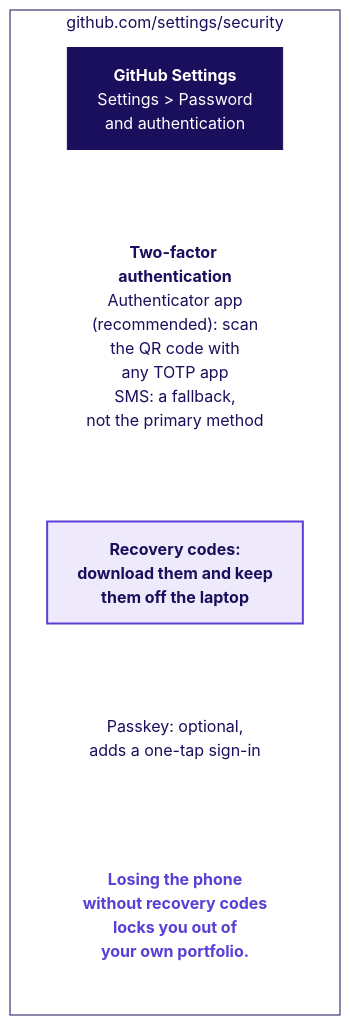
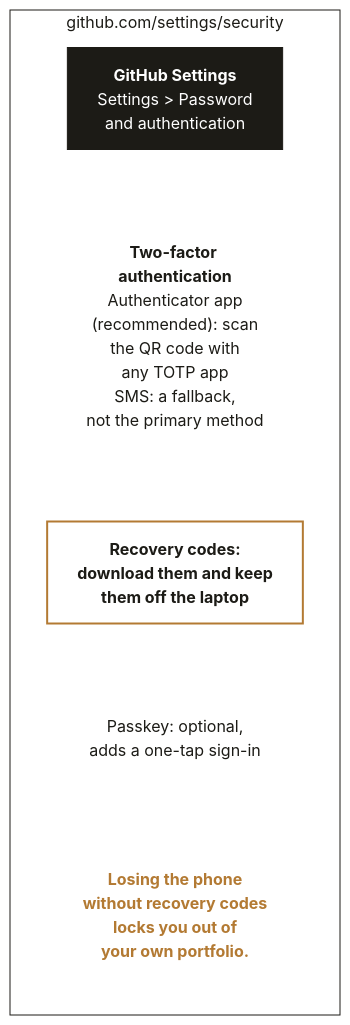
Before and after one commit to fde-academy-lab/c2-content-factory: the third of 7 diagrams in content/W00/D2/study-notes/C2_W00_D02_foundations_08_github_STUDENT.md, drawn with Mermaid (forest theme). The commit also changed other lines of this file and 4 other files, not shown here.

````diff
--- a/content/W00/D2/study-notes/C2_W00_D02_foundations_08_github_STUDENT.md
+++ b/content/W00/D2/study-notes/C2_W00_D02_foundations_08_github_STUDENT.md
@@ -96,21 +98,22 @@
 ```mermaid
 flowchart TB
     subgraph W["github.com/settings/security"]
         direction TB
         B["<b>GitHub Settings</b><br/>Settings > Password<br/>and authentication"]
         T1["<b>Two-factor authentication</b><br/>Authenticator app<br/>(recommended): scan<br/>the QR code with<br/>any TOTP app<br/>SMS: a fallback,<br/>not the primary method"]
         R["<b>Recovery codes:<br/>download them and keep<br/>them off the laptop</b>"]
         T2["Passkey: optional,<br/>adds a one-tap sign-in"]
         N["<b>Losing the phone<br/>without recovery codes<br/>locks you out of<br/>your own portfolio.</b>"]
         B ~~~ T1 ~~~ R ~~~ T2 ~~~ N
     end
-    style W fill:#FFFFFF,stroke:#1A0F5C,color:#1A0F5C
-    classDef bar fill:#1A0F5C,stroke:#1A0F5C,color:#FFFFFF
-    classDef line fill:#FFFFFF,stroke:#FFFFFF,color:#1A0F5C
-    classDef ring fill:#EEEAFB,stroke:#5B3FD6,color:#1A0F5C,stroke-width:2px
-    classDef note fill:#FFFFFF,stroke:#FFFFFF,color:#5B3FD6
+    style W fill:#FFFFFF,stroke:#1C1B16,color:#1C1B16
+    classDef default fill:#FFFFFF,stroke:#1C1B16,color:#1C1B16
+    classDef bar fill:#1C1B16,stroke:#1C1B16,color:#FFFFFF
+    classDef line fill:#FFFFFF,stroke:#FFFFFF,color:#1C1B16
+    classDef ring fill:#FFFFFF,stroke:#B37A33,color:#1C1B16,stroke-width:2px
+    classDef note fill:#FFFFFF,stroke:#FFFFFF,color:#B37A33
     class B bar
     class T1,T2 line
     class R ring
     class N note
 ```
````
